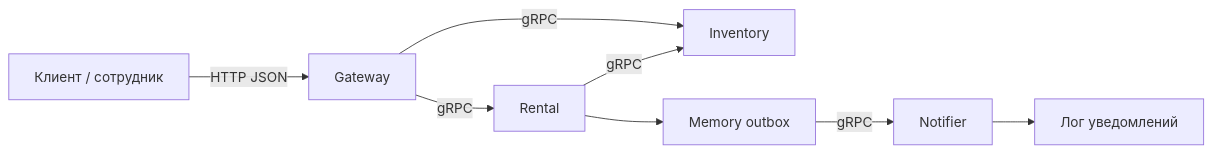
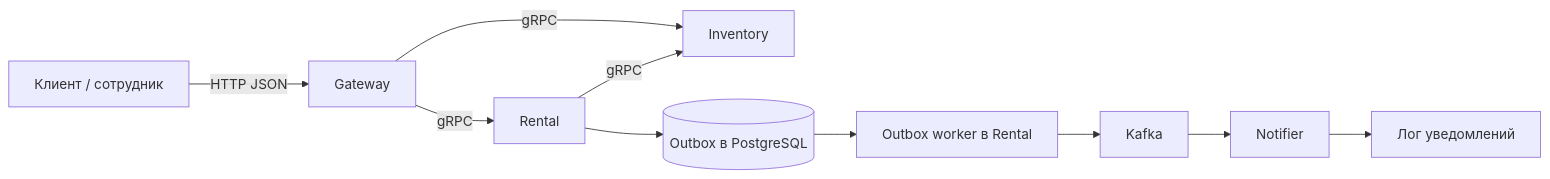
The diagram in docs/architecture.md (vladimir-rusaleev/equipment-rental), drawn with Mermaid before and after one commit. The commit also changed other lines of this file and 43 other files, not shown here.

````diff
--- a/docs/architecture.md
+++ b/docs/architecture.md
@@ -5,10 +3,12 @@
 ```mermaid
 flowchart LR
     UI[Клиент / сотрудник] -->|HTTP JSON| Gateway
     Gateway -->|gRPC| Rental
     Gateway -->|gRPC| Inventory
     Rental -->|gRPC| Inventory
-    Rental --> Outbox[Memory outbox]
-    Outbox -->|gRPC| Notifier
+    Rental --> Outbox[(Outbox в PostgreSQL)]
+    Outbox --> Worker[Outbox worker в Rental]
+    Worker --> Kafka
+    Kafka --> Notifier
     Notifier --> Log[Лог уведомлений]
 ```
````
